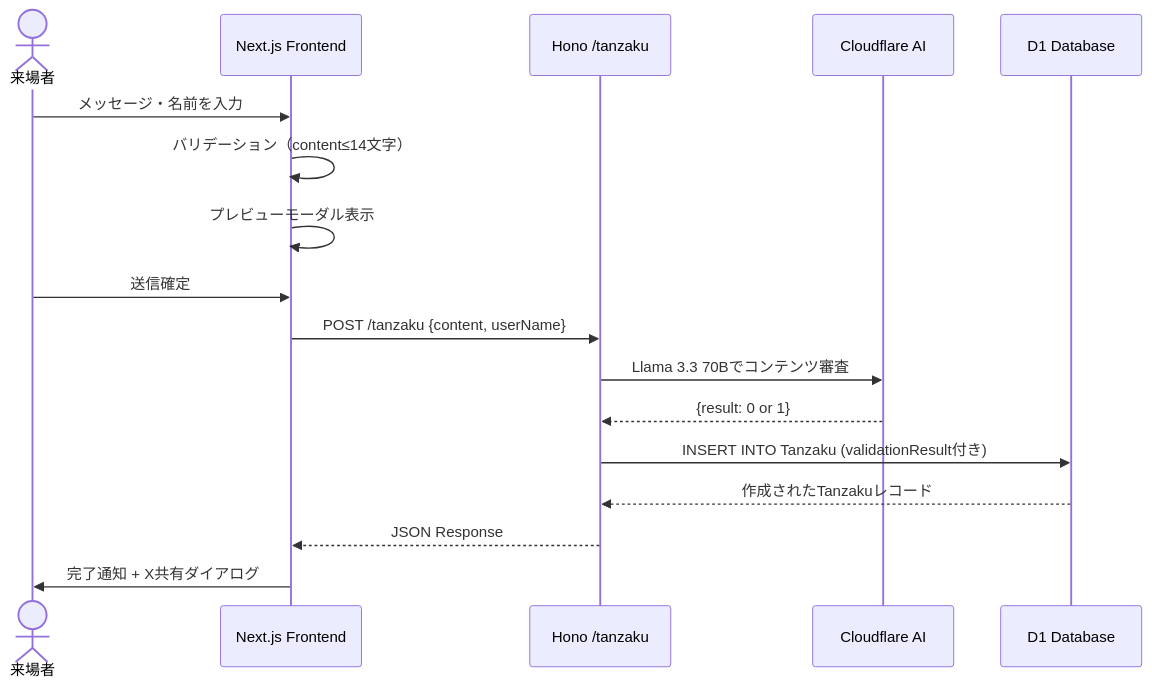
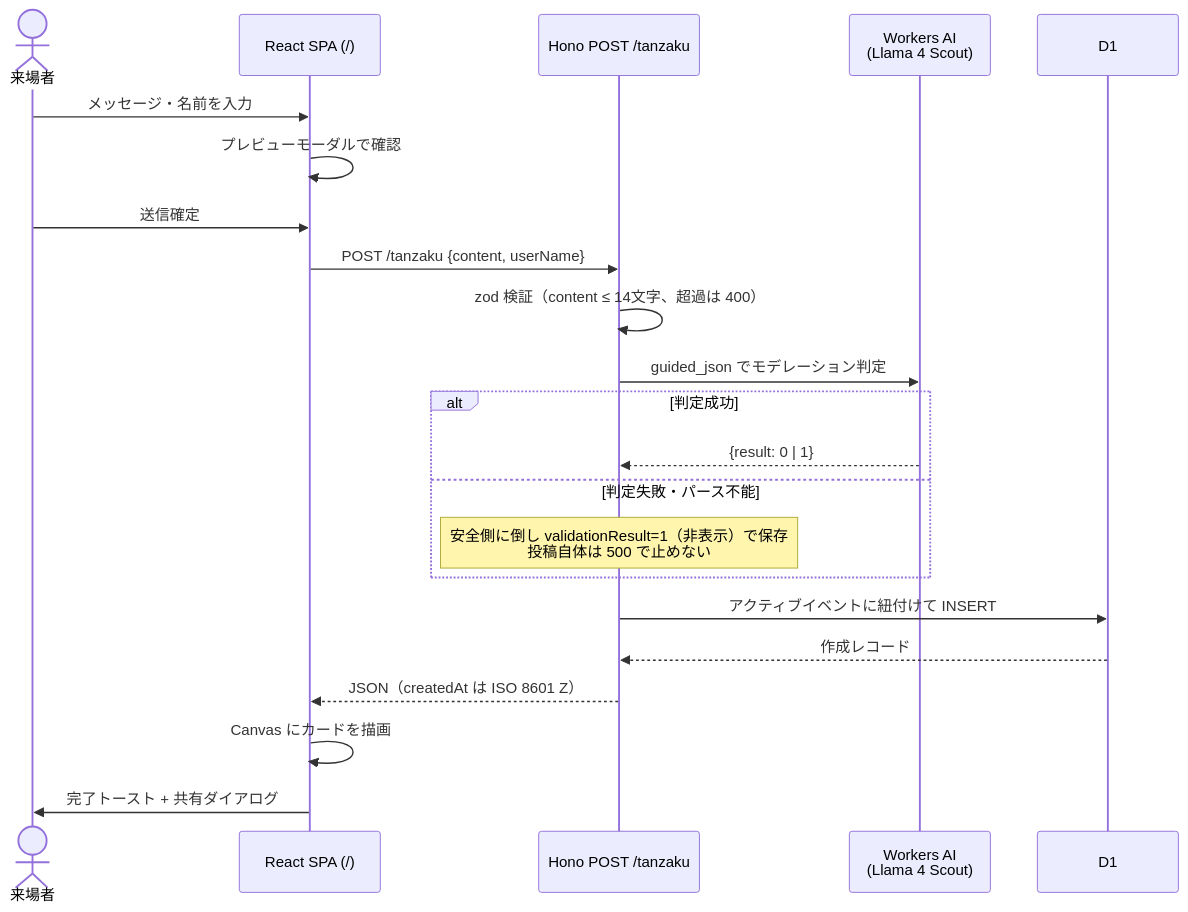
Before and after one commit to itl-marubu/tanzakuv2: the fifth of 9 diagrams in docs/system-overview.md, drawn with Mermaid. The commit also changed other lines of this file and 2 other files, not shown here.

````diff
--- a/docs/system-overview.md
+++ b/docs/system-overview.md
@@ -335,20 +315,25 @@
 ```mermaid
 sequenceDiagram
     actor User as 来場者
-    participant FE as Next.js Frontend
-    participant API as Hono /tanzaku
-    participant AI as Cloudflare AI
-    participant DB as D1 Database
+    participant FE as React SPA (/)
+    participant API as Hono POST /tanzaku
+    participant AI as Workers AI<br/>(Llama 4 Scout)
+    participant DB as D1
 
     User->>FE: メッセージ・名前を入力
-    FE->>FE: バリデーション（content≤14文字）
-    FE->>FE: プレビューモーダル表示
+    FE->>FE: プレビューモーダルで確認
     User->>FE: 送信確定
     FE->>API: POST /tanzaku {content, userName}
-    API->>AI: Llama 3.3 70Bでコンテンツ審査
-    AI-->>API: {result: 0 or 1}
-    API->>DB: INSERT INTO Tanzaku (validationResult付き)
-    DB-->>API: 作成されたTanzakuレコード
-    API-->>FE: JSON Response
-    FE->>User: 完了通知 + X共有ダイアログ
+    API->>API: zod 検証（content ≤ 14文字、超過は 400）
+    API->>AI: guided_json でモデレーション判定
+    alt 判定成功
+        AI-->>API: {result: 0 | 1}
+    else 判定失敗・パース不能
+        Note over API: 安全側に倒し validationResult=1（非表示）で保存<br/>投稿自体は 500 で止めない
+    end
+    API->>DB: アクティブイベントに紐付けて INSERT
+    DB-->>API: 作成レコード
+    API-->>FE: JSON（createdAt は ISO 8601 Z）
+    FE->>FE: Canvas にカードを描画
+    FE->>User: 完了トースト + 共有ダイアログ
 ```
````
